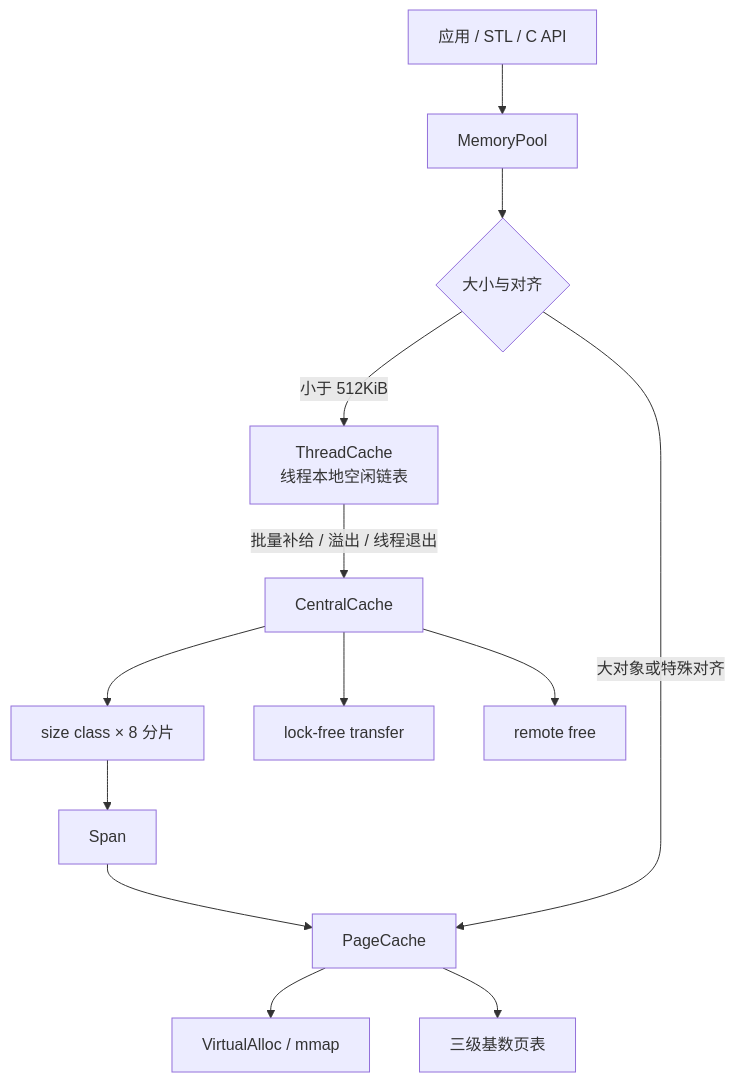
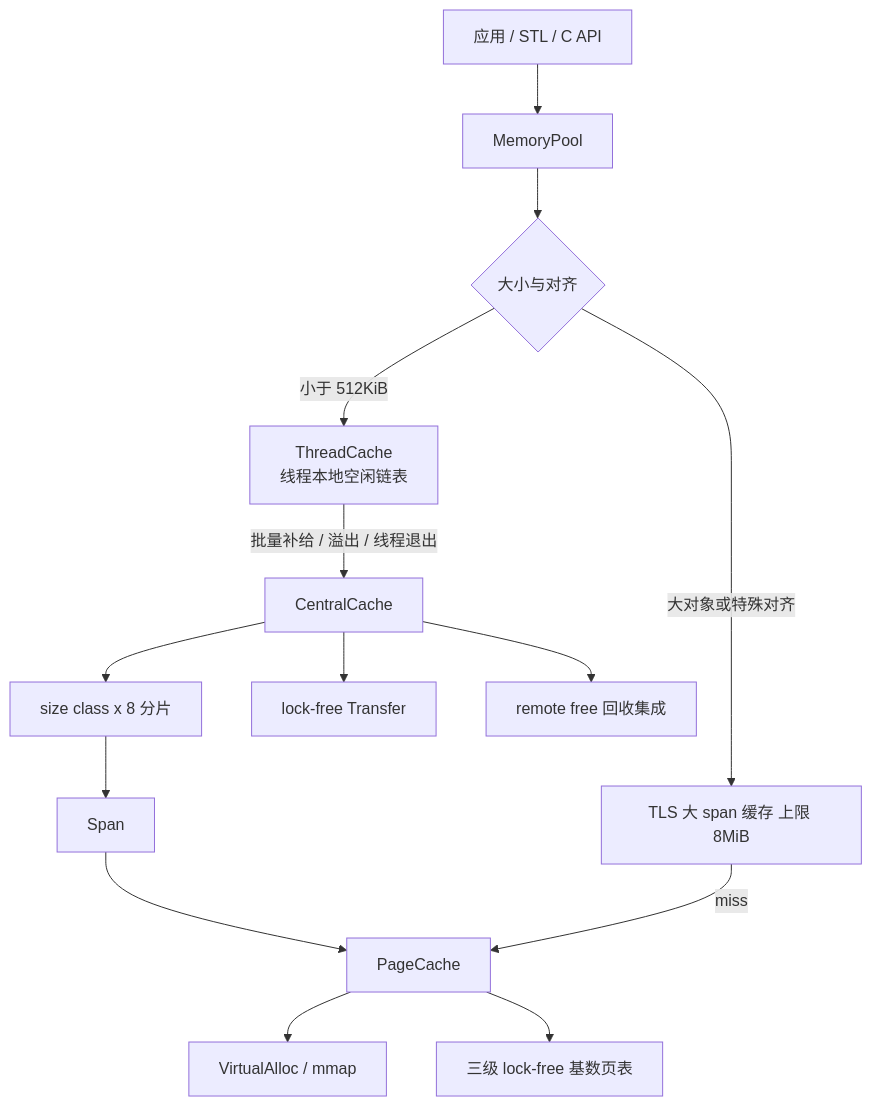
Before and after one commit to xmd-hs/my-MemoryPool: the first of 3 diagrams in README.md, drawn with Mermaid. The commit also changed other lines of this file and 12 other files, not shown here.

````diff
--- a/README.md
+++ b/README.md
@@ -129,15 +134,16 @@
 ```mermaid
 flowchart TB
     A[应用 / STL / C API] --> B[MemoryPool]
     B --> C{大小与对齐}
     C -->|小于 512KiB| D[ThreadCache<br/>线程本地空闲链表]
     D -->|批量补给 / 溢出 / 线程退出| E[CentralCache]
-    E --> E1[size class × 8 分片]
-    E --> E2[lock-free transfer]
-    E --> E3[remote free]
+    E --> E1[size class x 8 分片]
+    E --> E2[lock-free Transfer]
+    E --> E3[remote free 回收集成]
     E1 --> F[Span]
     F --> G[PageCache]
-    C -->|大对象或特殊对齐| G
-    G --> H[VirtualAlloc / mmap]
-    G --> I[三级基数页表]
+    C -->|大对象或特殊对齐| H[TLS 大 span 缓存 上限 8MiB]
+    H -->|miss| G
+    G --> I[VirtualAlloc / mmap]
+    G --> J[三级 lock-free 基数页表]
 ```
````
